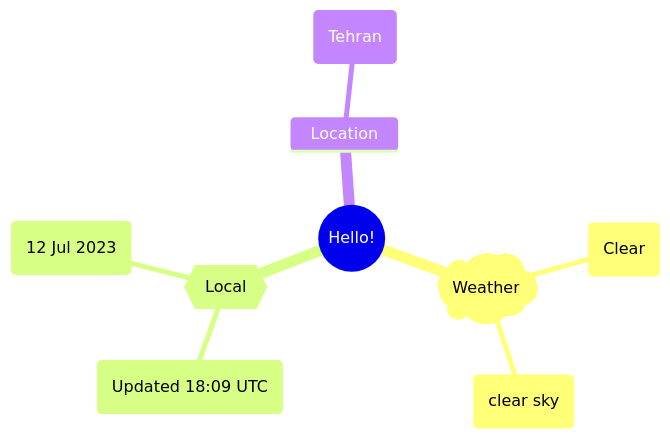
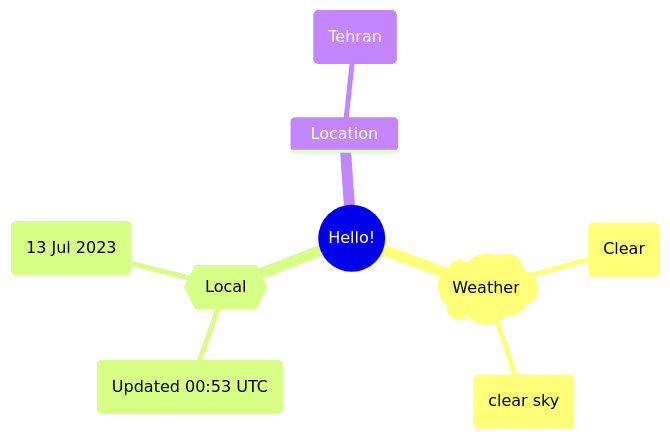
Before and after one commit to Xosrov/Xosrov: the first of 2 diagrams in README.md, drawn with Mermaid.

Commit message:
[bot] updated images

````diff
--- a/README.md
+++ b/README.md
@@ -3,12 +3,12 @@
 ```mermaid
 mindmap
   root((Hello!))
     )Weather(
         (Clear)
         (clear sky)
     {{Local}}
-        (Updated 18:09 UTC)
-        (12 Jul 2023)
+        (Updated 00:53 UTC)
+        (13 Jul 2023)
     Location
         (Tehran)
 ```
````
